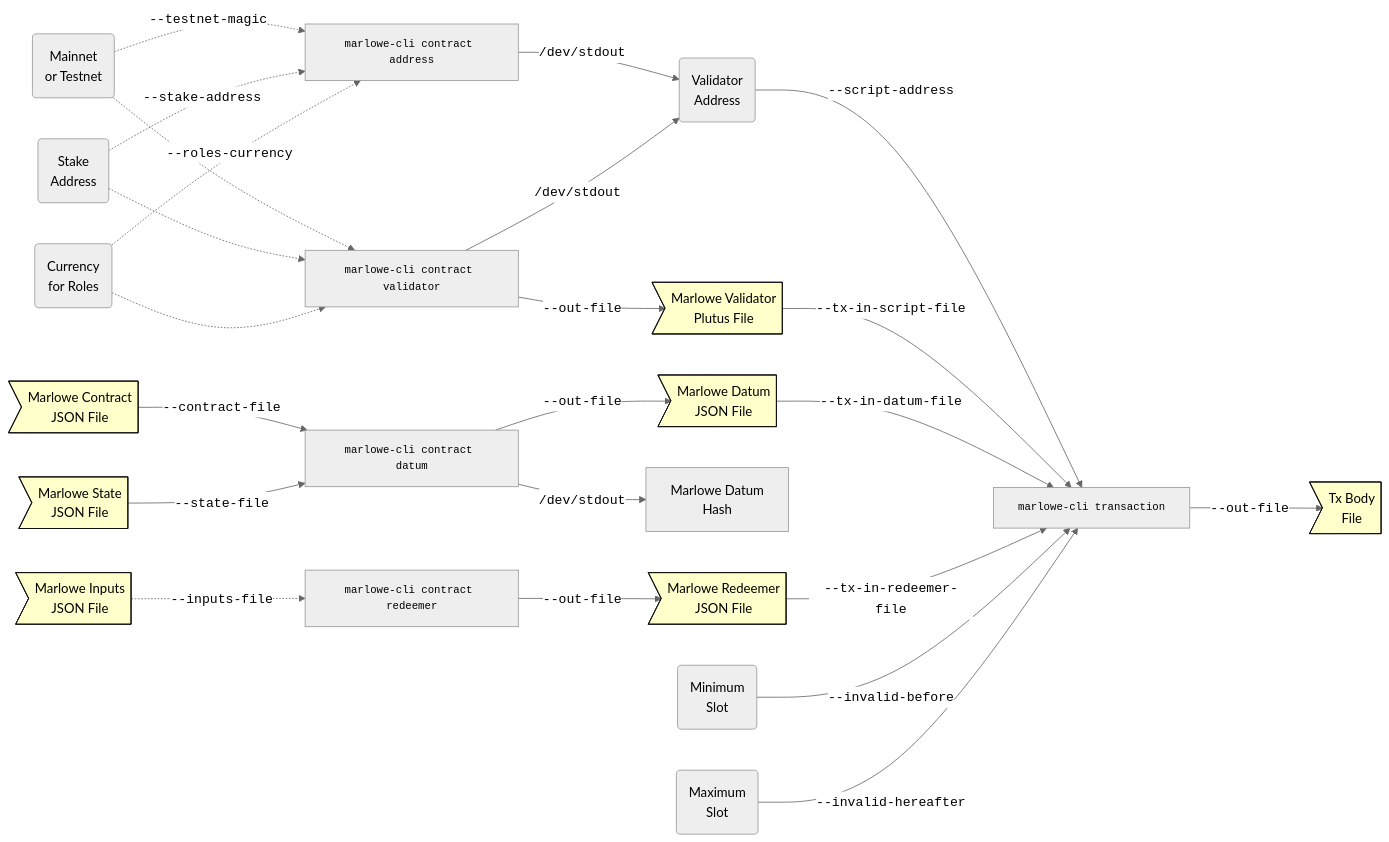
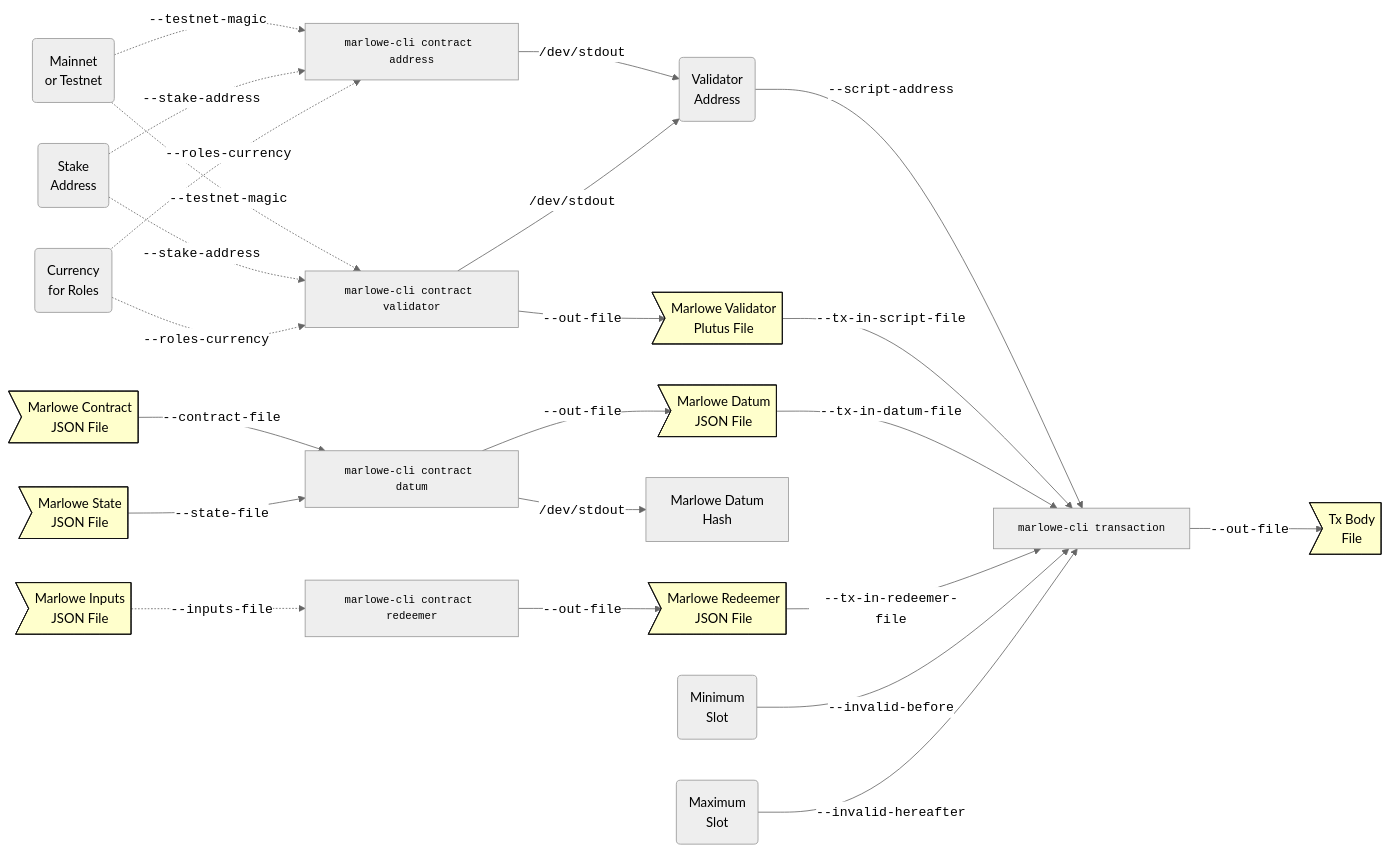
Before and after one commit to input-output-hk/marlowe-cardano: the diagram in marlowe-cli/doc/tutorial.md, drawn with Mermaid (neutral theme).

Commit message:
Added labels to edges in mermaid graph

````diff
--- a/marlowe-cli/doc/tutorial.md
+++ b/marlowe-cli/doc/tutorial.md
@@ -5,80 +5,80 @@
 ```mermaid
 flowchart LR;
   
 classDef command font-family:monospace,font-size: medium;  
 classDef file fill:#ffc,stroke:#111;
       
 Network(Mainnet<br>or Testnet)
 StakeAddress(Stake<br>Address)
 RolesCurrency(Currency<br>for Roles)
 
 AddressCommand[marlowe-cli contract address]
 class AddressCommand command
 
 Network       -. "<span style=font-family:monospace>--testnet-magic</span>" .-> AddressCommand
 StakeAddress  -. "<span style=font-family:monospace>--stake-address</span>" .-> AddressCommand
 RolesCurrency -. "<span style=font-family:monospace>--roles-currency</span>" .-> AddressCommand
     
 ValidatorAddress(Validator\nAddress)
 AddressCommand -- "<span style=font-family:monospace>/dev/stdout</span>" --> ValidatorAddress
     
 ValidatorCommand[marlowe-cli contract validator]
 class ValidatorCommand command
     
-Network       -.-> ValidatorCommand
-StakeAddress  -.-> ValidatorCommand
-RolesCurrency -.-> ValidatorCommand
+Network       -. "<span style=font-family:monospace>--testnet-magic</span>" .-> ValidatorCommand
+StakeAddress  -. "<span style=font-family:monospace>--stake-address</span>" .-> ValidatorCommand
+RolesCurrency -. "<span style=font-family:monospace>--roles-currency</span>" .-> ValidatorCommand
     
 ValidatorFile>Marlowe Validator<br>Plutus File]
 class ValidatorFile file
 
 ValidatorCommand -- "<span style=font-family:monospace>/dev/stdout</span>" --> ValidatorAddress
 ValidatorCommand -- "<span style=font-family:monospace>--out-file</span>"  --> ValidatorFile
 
 ContractFile>Marlowe Contract<br>JSON File]
 StateFile>Marlowe State<br>JSON File]
 class ContractFile file
 class StateFile file
     
 DatumCommand[marlowe-cli contract datum]
 class DatumCommand command
 
 ContractFile -- "<span style=font-family:monospace>--contract-file</span>" --> DatumCommand
 StateFile    -- "<span style=font-family:monospace>--state-file</span>"    --> DatumCommand
     
 DatumFile>Marlowe Datum<br>JSON File]
 class DatumFile file
 DatumHash[Marlowe Datum<br>Hash]
 
 DatumCommand -- "<span style=font-family:monospace>--out-file</span>" --> DatumFile
 DatumCommand -- "<span style=font-family:monospace>/dev/stdout</span>" --> DatumHash
     
 InputsFile>Marlowe Inputs<br>JSON File]
 class InputsFile file
 MinSlot(Minimum<br>Slot)
 MaxSlot(Maximum<br>Slot)
     
 RedeemerCommand[marlowe-cli contract redeemer]
 class RedeemerCommand command
 
 InputsFile -. "<span style=font-family:monospace>--inputs-file</span>" .-> RedeemerCommand
 
 RedeemerFile>Marlowe Redeemer<br>JSON File]
 class RedeemerFile file
 
 RedeemerCommand -- "<span style=font-family:monospace>--out-file</span>" --> RedeemerFile
 
 CardanoCLI[marlowe-cli transaction]
 class CardanoCLI command
 
 ValidatorAddress -- "<span style=font-family:monospace>--script-address</span>" --> CardanoCLI
 ValidatorFile    -- "<span style=font-family:monospace>--tx-in-script-file</span>" --> CardanoCLI 
 DatumFile        -- "<span style=font-family:monospace>--tx-in-datum-file</span>"--> CardanoCLI
 RedeemerFile     -- "<span style=font-family:monospace>--tx-in-redeemer-file</span>"--> CardanoCLI
 MinSlot          -- "<span style=font-family:monospace>--invalid-before</span>"--> CardanoCLI
 MaxSlot          -- "<span style=font-family:monospace>--invalid-hereafter</span>"--> CardanoCLI
     
 TxBodyFile>Tx Body<br>File]
 class TxBodyFile file
 CardanoCLI -- "<span style=font-family:monospace>--out-file</span>" --> TxBodyFile
 ```
````
